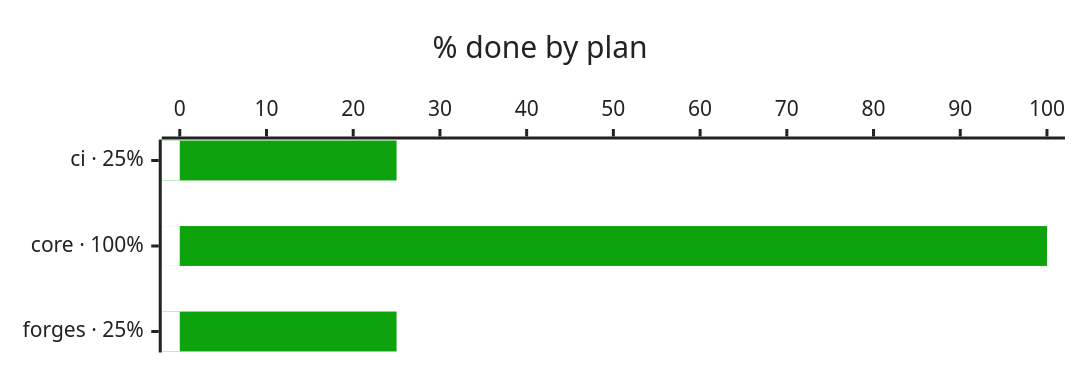
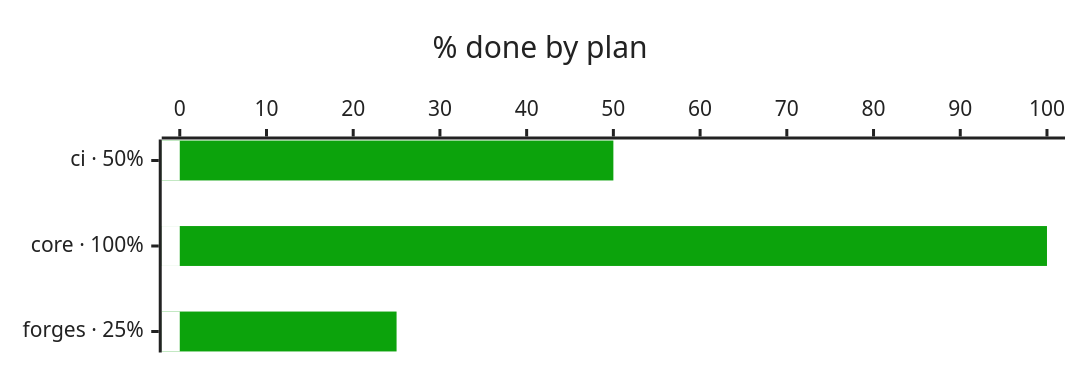
The third of 4 diagrams in progress/README.md (bvraghav/pmtrack), drawn with Mermaid before and after one commit. The commit also changed other lines of this file and 5 other files, not shown here.

````diff
--- a/progress/README.md
+++ b/progress/README.md
@@ -32,9 +32,9 @@
 ```mermaid
 %%{init: {"themeVariables": {"xyChart": {"backgroundColor": "#ffffff", "titleColor": "#222222", "plotColorPalette": "#0ca30c,#ffffff", "xAxisLabelColor": "#222222", "xAxisTitleColor": "#222222", "xAxisTickColor": "#222222", "xAxisLineColor": "#222222", "yAxisLabelColor": "#222222", "yAxisTitleColor": "#222222", "yAxisTickColor": "#222222", "yAxisLineColor": "#222222"}}, "xyChart": {"height": 225}}}%%
 xychart-beta horizontal
   title "% done by plan"
-  x-axis ["ci · 25%", "core · 100%", "forges · 25%"]
+  x-axis ["ci · 50%", "core · 100%", "forges · 25%"]
   y-axis "% done" 0 --> 100
-  bar [25, 100, 25]
+  bar [50, 100, 25]
   bar [0, 0, 0]
 ```
````
